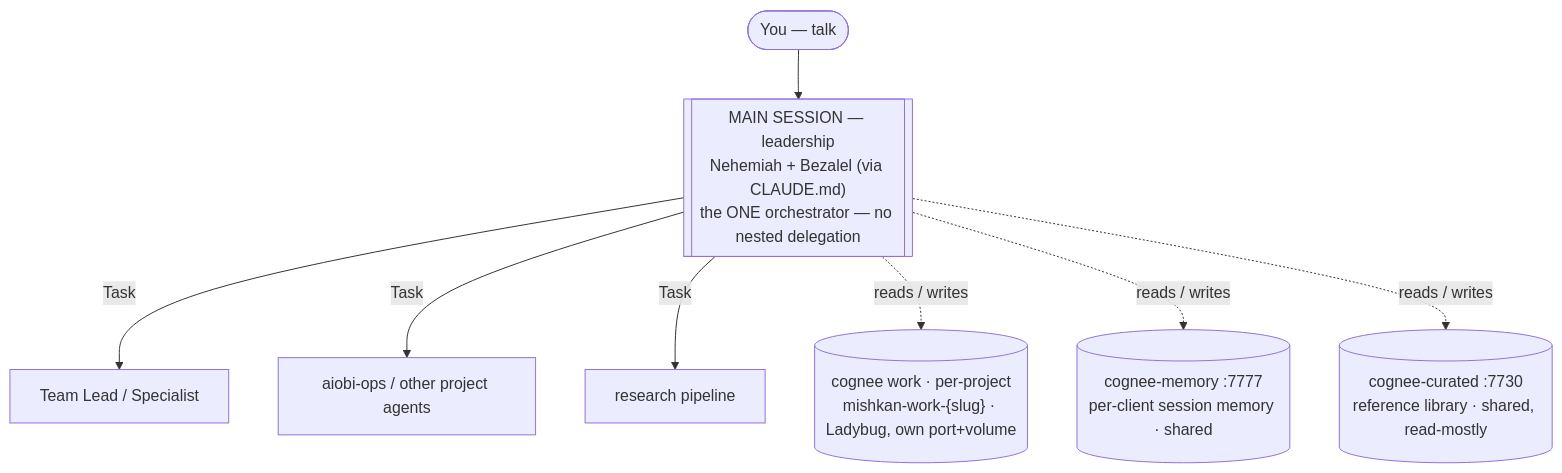
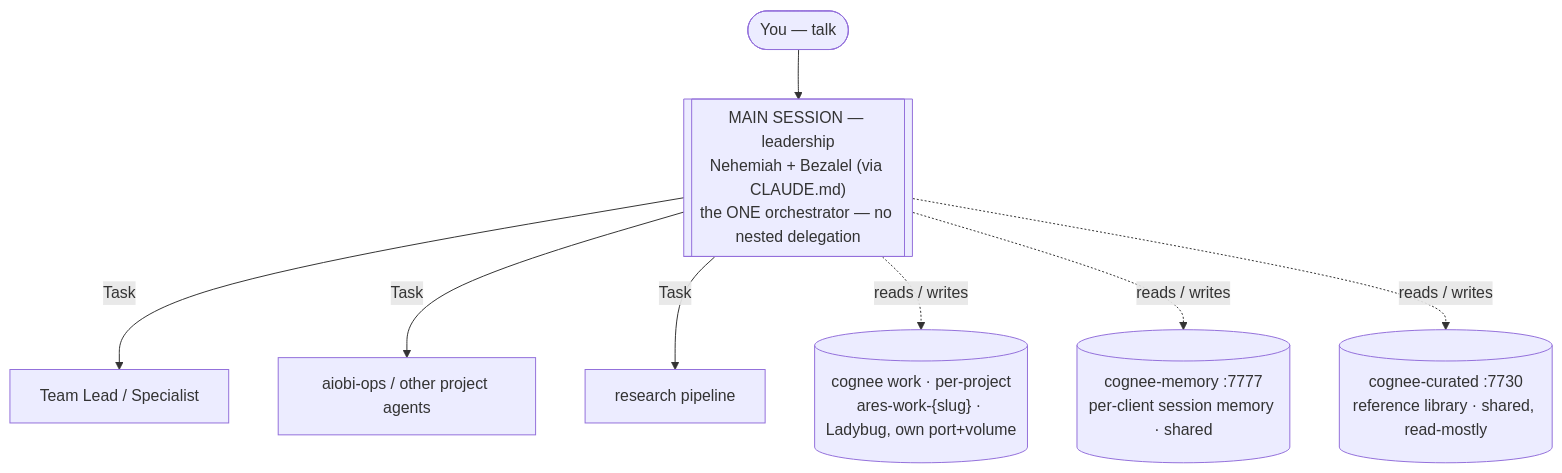
Before and after one commit to mibienpanjoe/ares: the diagram in docs/usage/README.md, drawn with Mermaid. The commit also changed other lines of this file and 106 other files, not shown here.

````diff
--- a/docs/usage/README.md
+++ b/docs/usage/README.md
@@ -15,10 +15,10 @@
 ```mermaid
 flowchart TD
     You(["You — talk"]) --> MS[["MAIN SESSION — leadership<br/>Nehemiah + Bezalel (via CLAUDE.md)<br/>the ONE orchestrator — no nested delegation"]]
     MS -->|Task| TL["Team Lead / Specialist"]
     MS -->|Task| OPS["aiobi-ops / other project agents"]
     MS -->|Task| RP["research pipeline"]
-    MS -. reads / writes .-> WORK[("cognee work · per-project<br/>mishkan-work-{slug} · Ladybug, own port+volume")]
+    MS -. reads / writes .-> WORK[("cognee work · per-project<br/>ares-work-{slug} · Ladybug, own port+volume")]
     MS -. reads / writes .-> MEM[("cognee-memory :7777<br/>per-client session memory · shared")]
     MS -. reads / writes .-> CUR[("cognee-curated :7730<br/>reference library · shared, read-mostly")]
 ```
````
